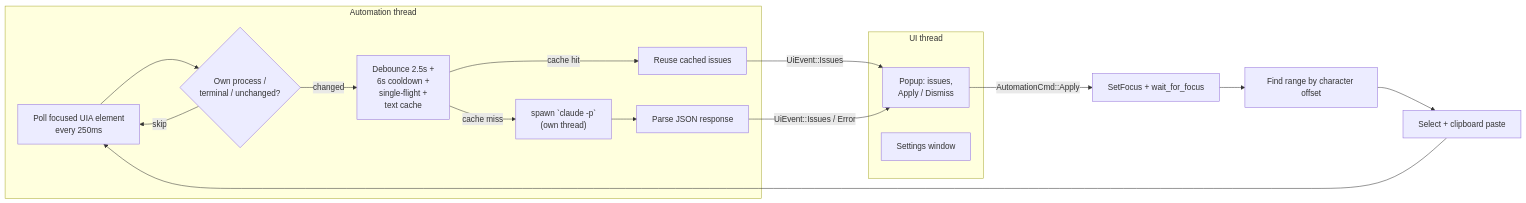
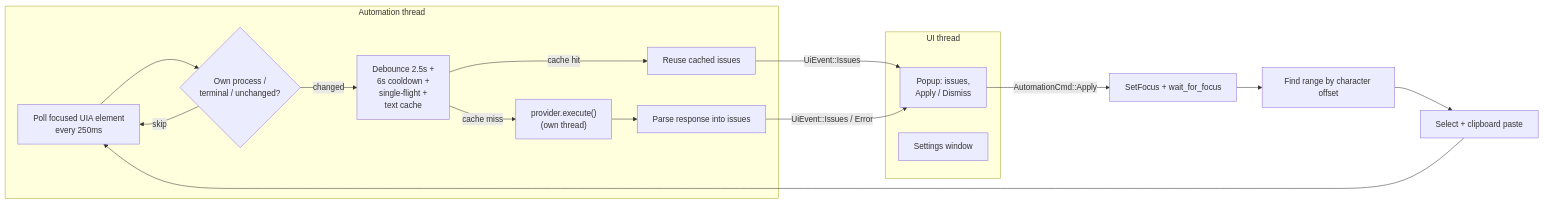
One commit to FabrizioZeb/alfred-writer changed the first of 2 diagrams in README.md. Above: the diagram before and after it, drawn with Mermaid. The commit also changed other lines of this file and 14 other files, not shown here.

````diff
--- a/README.md
+++ b/README.md
@@ -21,23 +43,23 @@
 ```mermaid
 flowchart LR
     subgraph Automation thread
         A[Poll focused UIA element<br/>every 250ms] --> B{Own process /<br/>terminal / unchanged?}
         B -- skip --> A
         B -- changed --> C[Debounce 2.5s +<br/>6s cooldown +<br/>single-flight +<br/>text cache]
         C -- cache hit --> D[Reuse cached issues]
-        C -- cache miss --> E["spawn `claude -p`<br/>(own thread)"]
-        E --> F[Parse JSON response]
+        C -- cache miss --> E["provider.execute()<br/>(own thread)"]
+        E --> F[Parse response into issues]
     end
 
     subgraph UI thread
         G[Popup: issues,<br/>Apply / Dismiss]
         H[Settings window]
     end
 
     D -- UiEvent::Issues --> G
     F -- UiEvent::Issues / Error --> G
     G -- AutomationCmd::Apply --> I[SetFocus + wait_for_focus]
     I --> J[Find range by character offset]
     J --> K[Select + clipboard paste]
     K --> A
 ```
````
